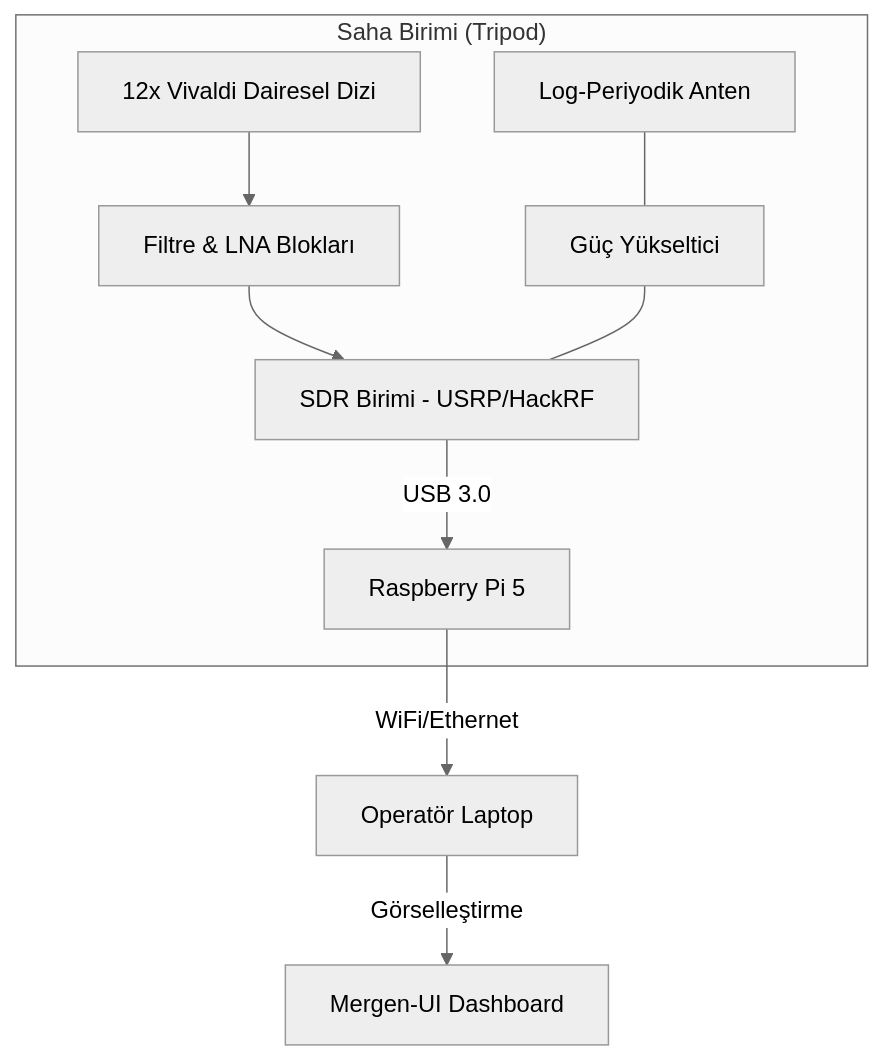
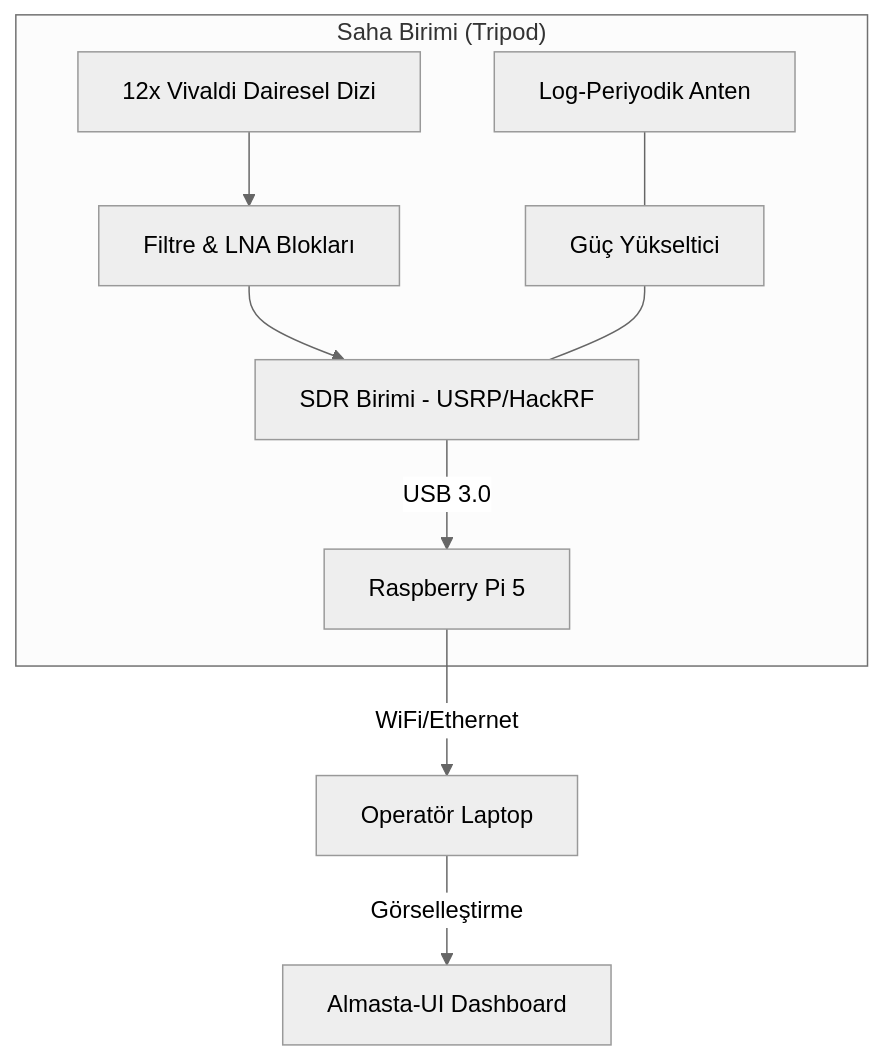
The diagram in DONANIM_PLANI.md (bahattinyunus/teknofest_elektronik_harp), drawn with Mermaid (neutral theme) before and after one commit. The commit also changed other lines of this file and 37 other files, not shown here.

````diff
--- a/DONANIM_PLANI.md
+++ b/DONANIM_PLANI.md
@@ -39,13 +39,13 @@
 ```mermaid
 graph TD
     subgraph "Saha Birimi (Tripod)"
         Anten[12x Vivaldi Dairesel Dizi] --> LNA[Filtre & LNA Blokları]
         LNA --> SDR[SDR Birimi - USRP/HackRF]
         SDR -->|USB 3.0| RPi[Raspberry Pi 5]
         LogP[Log-Periyodik Anten] --- PA[Güç Yükseltici]
         PA --- SDR
     end
     
     RPi -->|WiFi/Ethernet| Laptop[Operatör Laptop]
-    Laptop -->|Görselleştirme| UI[Mergen-UI Dashboard]
+    Laptop -->|Görselleştirme| UI[Almasta-UI Dashboard]
 ```
````
